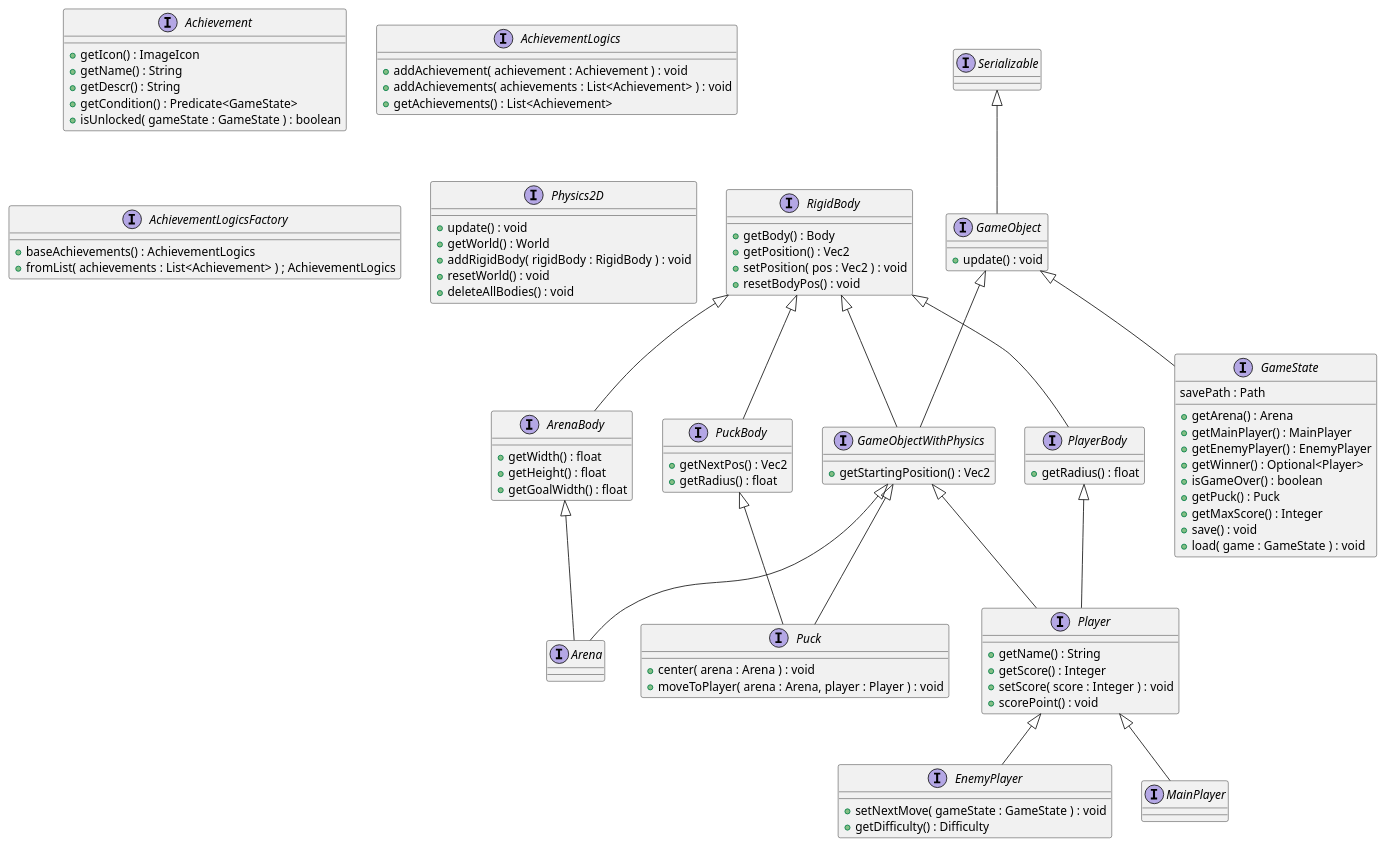
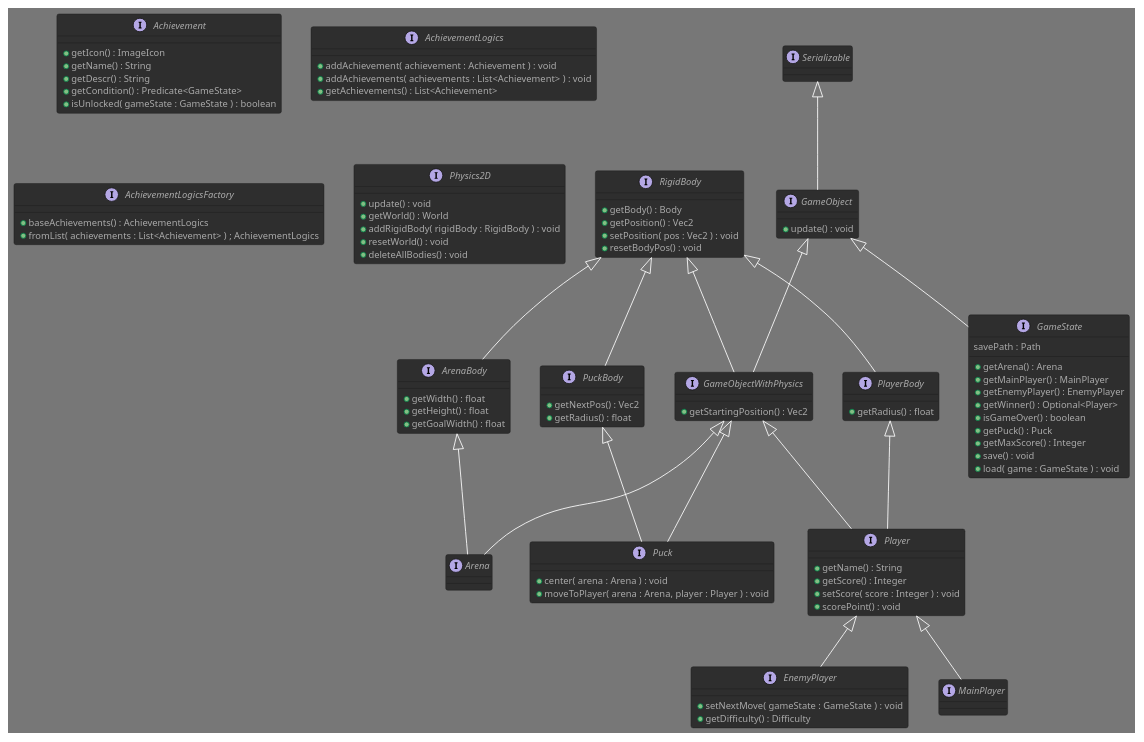
The second of 3 diagrams in UML/PlantUML-code/GeneralUML.plantuml (Borgotto/OOP21-air-hockey), drawn with PlantUML before and after one commit. The commit also changed other lines of this file and 1 other file, not shown here.

Commit message:
Apply theme and UML update

```diff
--- a/UML/PlantUML-code/GeneralUML.plantuml
+++ b/UML/PlantUML-code/GeneralUML.plantuml
@@ -110,118 +111,119 @@
 @startuml All-Logics-interfaces
+!theme reddress-darkgreen
 
 interface Achievement {
     + getIcon() : ImageIcon
     + getName() : String
     + getDescr() : String
     + getCondition() : Predicate<GameState>
     + isUnlocked( gameState : GameState ) : boolean
 }
 
 interface AchievementLogics {
     + addAchievement( achievement : Achievement ) : void
     + addAchievements( achievements : List<Achievement> ) : void
     + getAchievements() : List<Achievement>
 }
 
 interface AchievementLogicsFactory {
     + baseAchievements() : AchievementLogics
     + fromList( achievements : List<Achievement> ) ; AchievementLogics
 }
 
 interface Arena {
 }
 
 interface EnemyPlayer {
     + setNextMove( gameState : GameState ) : void
     + getDifficulty() : Difficulty
 }
 
 interface GameObject {
     + update() : void
 }
 
 interface GameObjectWithPhysics {
     + getStartingPosition() : Vec2
 }
 
 interface GameState {
     savePath : Path
 
     + getArena() : Arena
     + getMainPlayer() : MainPlayer
     + getEnemyPlayer() : EnemyPlayer
     + getWinner() : Optional<Player>
     + isGameOver() : boolean
     + getPuck() : Puck
     + getMaxScore() : Integer
     + save() : void
     + load( game : GameState ) : void
 }
 
 interface MainPlayer {
 }
 
 interface Player {
     + getName() : String
     + getScore() : Integer
     + setScore( score : Integer ) : void
     + scorePoint() : void
 }
 
 interface Puck {
     + center( arena : Arena ) : void
     + moveToPlayer( arena : Arena, player : Player ) : void
 }
 
 interface Arena extends GameObjectWithPhysics
 interface Arena extends ArenaBody
 interface EnemyPlayer extends Player
 interface GameObject extends Serializable
 interface GameObjectWithPhysics extends GameObject
 interface GameObjectWithPhysics extends RigidBody
 interface GameState extends GameObject
 interface MainPlayer extends Player
 interface Player extends GameObjectWithPhysics
 interface Player extends PlayerBody
 interface Puck extends GameObjectWithPhysics
 interface Puck extends PuckBody
 
 /'
 From here start the physics interfaces
 '/
 
 interface ArenaBody {
     + getWidth() : float
     + getHeight() : float
     + getGoalWidth() : float
 }
 
 interface Physics2D {
     + update() : void
     + getWorld() : World
     + addRigidBody( rigidBody : RigidBody ) : void
     + resetWorld() : void
     + deleteAllBodies() : void
 }
 
 interface PlayerBody {
     + getRadius() : float
 }
 
 interface PuckBody {
     + getNextPos() : Vec2
     + getRadius() : float
 }
 
 interface RigidBody {
     + getBody() : Body
     + getPosition() : Vec2
     + setPosition( pos : Vec2 ) : void
     + resetBodyPos() : void
 }
 
 interface ArenaBody extends RigidBody
 interface PlayerBody extends RigidBody
 interface PuckBody extends RigidBody
 
 @enduml
```
